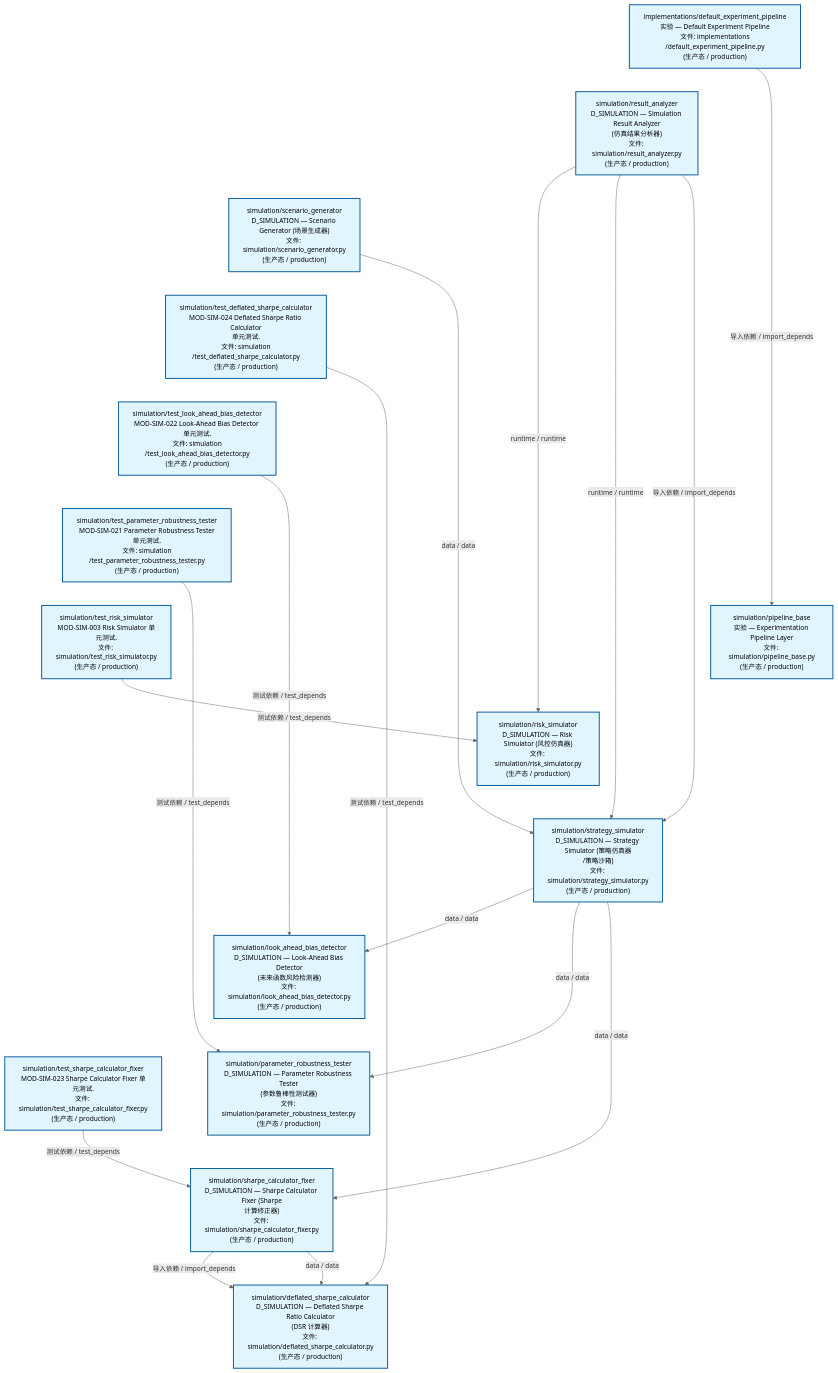
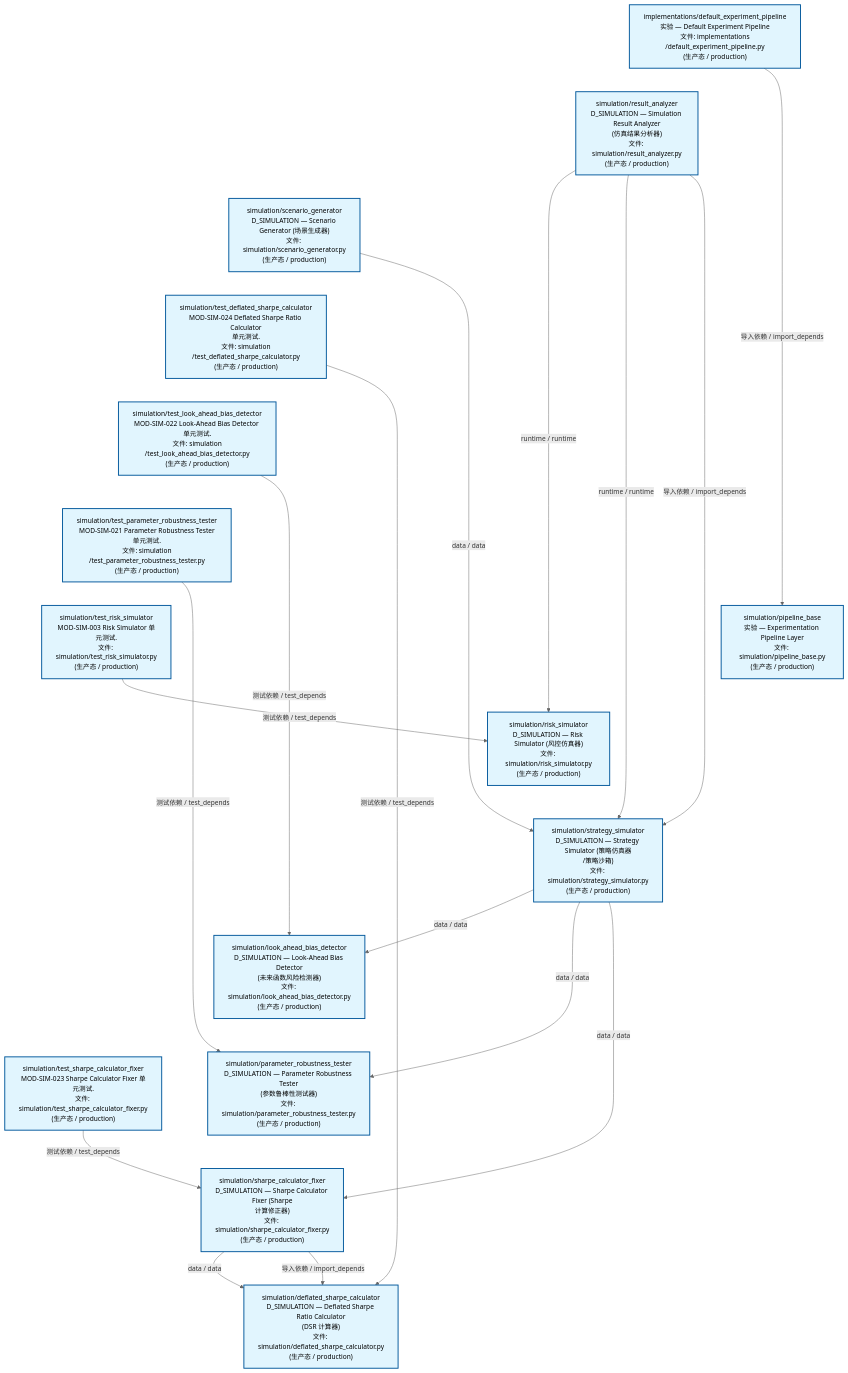
The second of 3 diagrams in docs/02_enterprise_architecture/02_domain_architecture_docs/70_d_simulation.md (xuanFelixVan/ZephyrAlpha), drawn with Mermaid before and after one commit. The commit also changed other lines of this file and 44 other files, not shown here.

````diff
--- a/docs/02_enterprise_architecture/02_domain_architecture_docs/70_d_simulation.md
+++ b/docs/02_enterprise_architecture/02_domain_architecture_docs/70_d_simulation.md
@@ -120,50 +120,50 @@
 ```mermaid
 %%{init: {'theme': 'base', 'themeVariables': {'primaryColor': '#eaeaea', 'primaryTextColor': '#333333', 'primaryBorderColor': '#666666', 'lineColor': '#666666', 'secondaryColor': '#eaeaea', 'tertiaryColor': '#eaeaea', 'fontSize': '14px'}}}%%
 flowchart TD
     src_zephyr_simulation_implementations_default_experiment_pipeline_py["implementations/default_experiment_pipeline<br/>实验 — Default Experiment Pipeline<br/>文件: implementations<br/>/default_experiment_pipeline.py<br/>(生产态 / production)"]
     src_zephyr_simulation_result_analyzer_py["simulation/result_analyzer<br/>D_SIMULATION — Simulation Result Analyzer<br/>(仿真结果分析器)<br/>文件: simulation/result_analyzer.py<br/>(生产态 / production)"]
     src_zephyr_simulation_scenario_generator_py["simulation/scenario_generator<br/>D_SIMULATION — Scenario Generator (场景生成器)<br/>文件: simulation/scenario_generator.py<br/>(生产态 / production)"]
     tests_simulation_test_deflated_sharpe_calculator_py["simulation/test_deflated_sharpe_calculator<br/>MOD-SIM-024 Deflated Sharpe Ratio Calculator<br/>单元测试.<br/>文件: simulation<br/>/test_deflated_sharpe_calculator.py<br/>(生产态 / production)"]
     tests_simulation_test_look_ahead_bias_detector_py["simulation/test_look_ahead_bias_detector<br/>MOD-SIM-022 Look-Ahead Bias Detector 单元测试.<br/>文件: simulation<br/>/test_look_ahead_bias_detector.py<br/>(生产态 / production)"]
     tests_simulation_test_parameter_robustness_tester_py["simulation/test_parameter_robustness_tester<br/>MOD-SIM-021 Parameter Robustness Tester<br/>单元测试.<br/>文件: simulation<br/>/test_parameter_robustness_tester.py<br/>(生产态 / production)"]
     tests_simulation_test_risk_simulator_py["simulation/test_risk_simulator<br/>MOD-SIM-003 Risk Simulator 单元测试.<br/>文件: simulation/test_risk_simulator.py<br/>(生产态 / production)"]
     tests_simulation_test_sharpe_calculator_fixer_py["simulation/test_sharpe_calculator_fixer<br/>MOD-SIM-023 Sharpe Calculator Fixer 单元测试.<br/>文件: simulation/test_sharpe_calculator_fixer.py<br/>(生产态 / production)"]
     src_zephyr_simulation_implementations_default_experiment_pipeline_py ~~~ src_zephyr_simulation_result_analyzer_py
     src_zephyr_simulation_result_analyzer_py ~~~ src_zephyr_simulation_scenario_generator_py
     src_zephyr_simulation_scenario_generator_py ~~~ tests_simulation_test_deflated_sharpe_calculator_py
     tests_simulation_test_deflated_sharpe_calculator_py ~~~ tests_simulation_test_look_ahead_bias_detector_py
     tests_simulation_test_look_ahead_bias_detector_py ~~~ tests_simulation_test_parameter_robustness_tester_py
     tests_simulation_test_parameter_robustness_tester_py ~~~ tests_simulation_test_risk_simulator_py
     tests_simulation_test_risk_simulator_py ~~~ tests_simulation_test_sharpe_calculator_fixer_py
     src_zephyr_simulation_pipeline_base_py["simulation/pipeline_base<br/>实验 — Experimentation Pipeline Layer<br/>文件: simulation/pipeline_base.py<br/>(生产态 / production)"]
     src_zephyr_simulation_risk_simulator_py["simulation/risk_simulator<br/>D_SIMULATION — Risk Simulator (风控仿真器)<br/>文件: simulation/risk_simulator.py<br/>(生产态 / production)"]
     src_zephyr_simulation_strategy_simulator_py["simulation/strategy_simulator<br/>D_SIMULATION — Strategy Simulator (策略仿真器<br/>/策略沙箱)<br/>文件: simulation/strategy_simulator.py<br/>(生产态 / production)"]
     src_zephyr_simulation_pipeline_base_py ~~~ src_zephyr_simulation_risk_simulator_py
     src_zephyr_simulation_risk_simulator_py ~~~ src_zephyr_simulation_strategy_simulator_py
     src_zephyr_simulation_look_ahead_bias_detector_py["simulation/look_ahead_bias_detector<br/>D_SIMULATION — Look-Ahead Bias Detector<br/>(未来函数风险检测器)<br/>文件: simulation/look_ahead_bias_detector.py<br/>(生产态 / production)"]
     src_zephyr_simulation_parameter_robustness_tester_py["simulation/parameter_robustness_tester<br/>D_SIMULATION — Parameter Robustness Tester<br/>(参数鲁棒性测试器)<br/>文件: simulation/parameter_robustness_tester.py<br/>(生产态 / production)"]
     src_zephyr_simulation_sharpe_calculator_fixer_py["simulation/sharpe_calculator_fixer<br/>D_SIMULATION — Sharpe Calculator Fixer (Sharpe<br/>计算修正器)<br/>文件: simulation/sharpe_calculator_fixer.py<br/>(生产态 / production)"]
     src_zephyr_simulation_look_ahead_bias_detector_py ~~~ src_zephyr_simulation_parameter_robustness_tester_py
     src_zephyr_simulation_parameter_robustness_tester_py ~~~ src_zephyr_simulation_sharpe_calculator_fixer_py
     src_zephyr_simulation_deflated_sharpe_calculator_py["simulation/deflated_sharpe_calculator<br/>D_SIMULATION — Deflated Sharpe Ratio Calculator<br/>(DSR 计算器)<br/>文件: simulation/deflated_sharpe_calculator.py<br/>(生产态 / production)"]
-    src_zephyr_simulation_scenario_generator_py -->|data / data| src_zephyr_simulation_strategy_simulator_py
     src_zephyr_simulation_result_analyzer_py -->|runtime / runtime| src_zephyr_simulation_risk_simulator_py
     src_zephyr_simulation_result_analyzer_py -->|runtime / runtime| src_zephyr_simulation_strategy_simulator_py
     src_zephyr_simulation_result_analyzer_py -->|导入依赖 / import_depends| src_zephyr_simulation_strategy_simulator_py
-    src_zephyr_simulation_sharpe_calculator_fixer_py -->|导入依赖 / import_depends| src_zephyr_simulation_deflated_sharpe_calculator_py
-    src_zephyr_simulation_sharpe_calculator_fixer_py -->|data / data| src_zephyr_simulation_deflated_sharpe_calculator_py
-    src_zephyr_simulation_implementations_default_experiment_pipeline_py -->|导入依赖 / import_depends| src_zephyr_simulation_pipeline_base_py
+    src_zephyr_simulation_scenario_generator_py -->|data / data| src_zephyr_simulation_strategy_simulator_py
     src_zephyr_simulation_strategy_simulator_py -->|data / data| src_zephyr_simulation_look_ahead_bias_detector_py
     src_zephyr_simulation_strategy_simulator_py -->|data / data| src_zephyr_simulation_parameter_robustness_tester_py
     src_zephyr_simulation_strategy_simulator_py -->|data / data| src_zephyr_simulation_sharpe_calculator_fixer_py
-    tests_simulation_test_look_ahead_bias_detector_py -->|测试依赖 / test_depends| src_zephyr_simulation_look_ahead_bias_detector_py
+    src_zephyr_simulation_sharpe_calculator_fixer_py -->|data / data| src_zephyr_simulation_deflated_sharpe_calculator_py
+    src_zephyr_simulation_sharpe_calculator_fixer_py -->|导入依赖 / import_depends| src_zephyr_simulation_deflated_sharpe_calculator_py
+    src_zephyr_simulation_implementations_default_experiment_pipeline_py -->|导入依赖 / import_depends| src_zephyr_simulation_pipeline_base_py
+    tests_simulation_test_deflated_sharpe_calculator_py -->|测试依赖 / test_depends| src_zephyr_simulation_deflated_sharpe_calculator_py
     tests_simulation_test_parameter_robustness_tester_py -->|测试依赖 / test_depends| src_zephyr_simulation_parameter_robustness_tester_py
     tests_simulation_test_risk_simulator_py -->|测试依赖 / test_depends| src_zephyr_simulation_risk_simulator_py
-    tests_simulation_test_deflated_sharpe_calculator_py -->|测试依赖 / test_depends| src_zephyr_simulation_deflated_sharpe_calculator_py
+    tests_simulation_test_look_ahead_bias_detector_py -->|测试依赖 / test_depends| src_zephyr_simulation_look_ahead_bias_detector_py
     tests_simulation_test_sharpe_calculator_fixer_py -->|测试依赖 / test_depends| src_zephyr_simulation_sharpe_calculator_fixer_py
     classDef production fill:#e1f5fe,stroke:#01579b,stroke-width:2px,color:#000
     classDef design fill:#fff3e0,stroke:#e65100,stroke-width:2px,color:#000,stroke-dasharray: 5 5
     classDef external_prod fill:#e8f4fd,stroke:#0277bd,stroke-width:1px,color:#000
     classDef external_design fill:#fff8e7,stroke:#ef6c00,stroke-width:1px,color:#000,stroke-dasharray: 5 5
     class src_zephyr_simulation_deflated_sharpe_calculator_py,src_zephyr_simulation_implementations_default_experiment_pipeline_py,src_zephyr_simulation_look_ahead_bias_detector_py,src_zephyr_simulation_parameter_robustness_tester_py,src_zephyr_simulation_pipeline_base_py,src_zephyr_simulation_result_analyzer_py,src_zephyr_simulation_risk_simulator_py,src_zephyr_simulation_scenario_generator_py,src_zephyr_simulation_sharpe_calculator_fixer_py,src_zephyr_simulation_strategy_simulator_py,tests_simulation_test_deflated_sharpe_calculator_py,tests_simulation_test_look_ahead_bias_detector_py,tests_simulation_test_parameter_robustness_tester_py,tests_simulation_test_risk_simulator_py,tests_simulation_test_sharpe_calculator_fixer_py production
 ```
````
